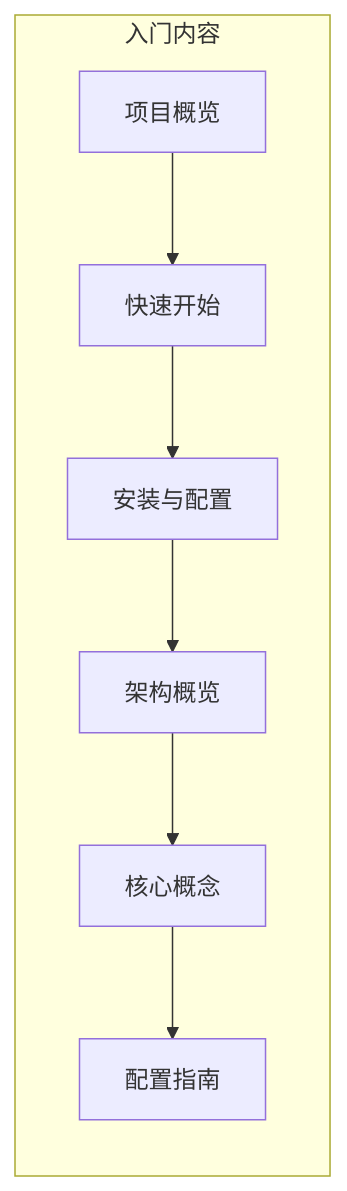
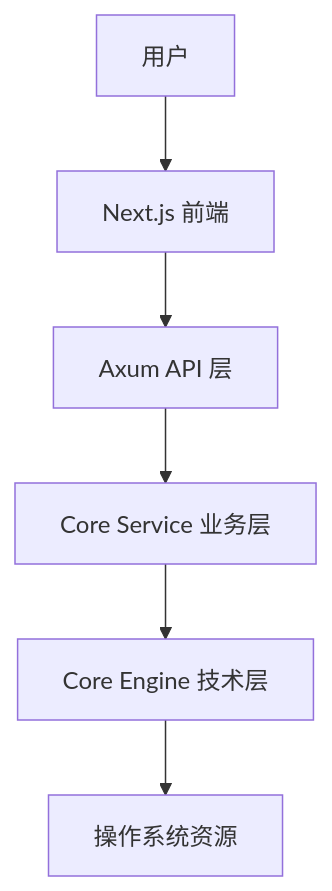
One commit to AruNi-01/atmos changed the diagram in .atmos/wiki/getting-started/index.md. Above: the diagram before and after it, drawn with Mermaid. The commit also changed other lines of this file and 49 other files, not shown here.

````diff
--- a/.atmos/wiki/getting-started/index.md
+++ b/.atmos/wiki/getting-started/index.md
@@ -26,13 +32,8 @@
 ```mermaid
-flowchart LR
-    subgraph 入门内容
-        A[项目概览]
-        B[快速开始]
-        C[安装与配置]
-        D[架构概览]
-        E[核心概念]
-        F[配置指南]
-    end
-
-    A --> B --> C --> D --> E --> F
+graph TD
+    A[用户] --> B[Next.js 前端]
+    B --> C[Axum API 层]
+    C --> D[Core Service 业务层]
+    D --> E[Core Engine 技术层]
+    E --> F[操作系统资源]
 ```
````
